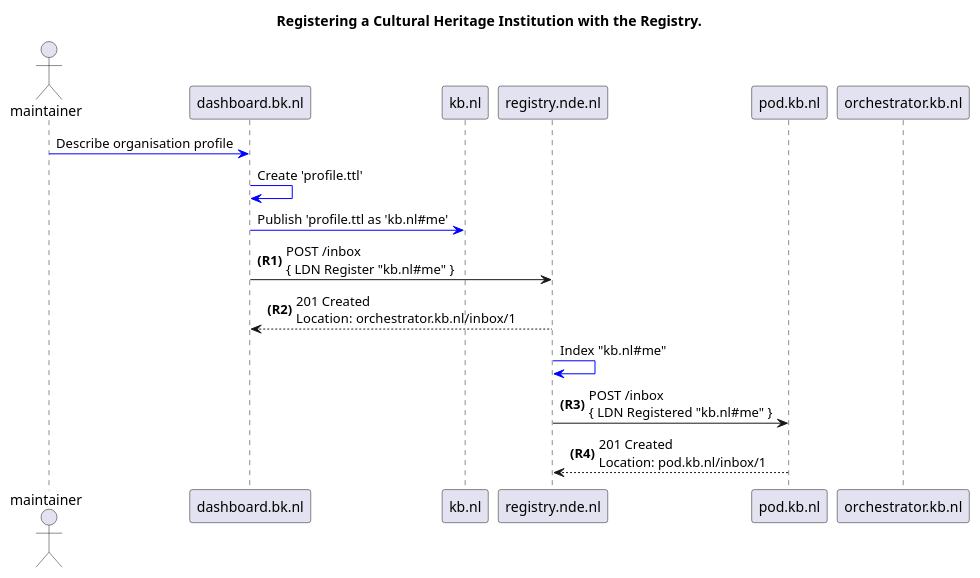
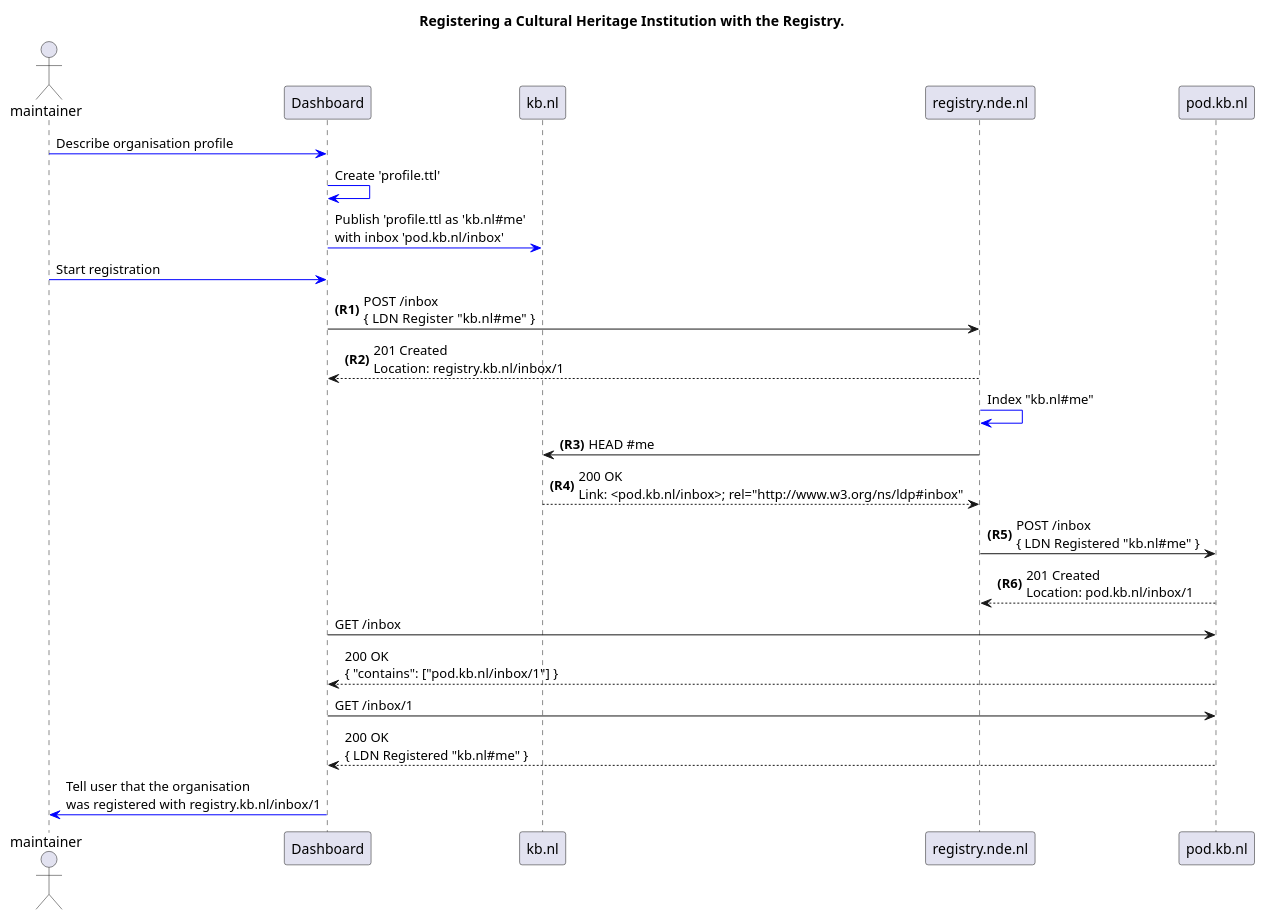
The diagram in new-organisation-registry.puml (mielvds/erfgoedpod-sequences), drawn with PlantUML before and after one commit. The commit also changed 11 other files, not shown here.

Commit message:
Add init sequence and update diagrams

```diff
--- a/new-organisation-registry.puml
+++ b/new-organisation-registry.puml
@@ -1,32 +1,43 @@
 @startuml
 
 title
  Registering a Cultural Heritage Institution with the Registry.
 end title
 
 autonumber "<b>(R0)"
-actor maintainer as Maintainer 
-participant dashboard.bk.nl as D
+actor maintainer as M 
+participant Dashboard as D
 participant kb.nl as WS
 participant registry.nde.nl as R
 participant pod.kb.nl as Pod
-participant orchestrator.kb.nl as O
 
 autonumber stop
-Maintainer -[#0000FF]> D: Describe organisation profile
+M -[#0000FF]> D: Describe organisation profile
 D -[#0000FF]> D: Create 'profile.ttl'
-D -[#0000FF]> WS: Publish 'profile.ttl as 'kb.nl#me'
+D -[#0000FF]> WS: Publish 'profile.ttl as 'kb.nl#me'\nwith inbox 'pod.kb.nl/inbox'
 
+M -[#0000FF]> D: Start registration
 autonumber resume
-D -> R: POST /inbox\n{ LDN Register "kb.nl#me" }
-D <-- R: 201 Created\nLocation: orchestrator.kb.nl/inbox/1
+D -> R: POST /inbox\n{ LDN Register "kb.nl#me"  }
+D <-- R: 201 Created\nLocation: registry.kb.nl/inbox/1
 
 autonumber stop
 R -[#0000FF]> R: Index "kb.nl#me"
 
 autonumber resume
+R -> WS: HEAD #me
+R <-- WS: 200 OK\nLink: <pod.kb.nl/inbox>; rel="http://www.w3.org/ns/ldp#inbox"
+
 R -> Pod: POST /inbox\n{ LDN Registered "kb.nl#me" }
 R <-- Pod: 201 Created\nLocation: pod.kb.nl/inbox/1
 
+autonumber stop
+D -> Pod: GET /inbox
+D <-- Pod: 200 OK\n{ "contains": ["pod.kb.nl/inbox/1"] }
+
+D -> Pod: GET /inbox/1
+D <-- Pod: 200 OK\n{ LDN Registered "kb.nl#me" }
+D -[#0000FF]> M: Tell user that the organisation\nwas registered with registry.kb.nl/inbox/1
+
 
 @enduml
```
